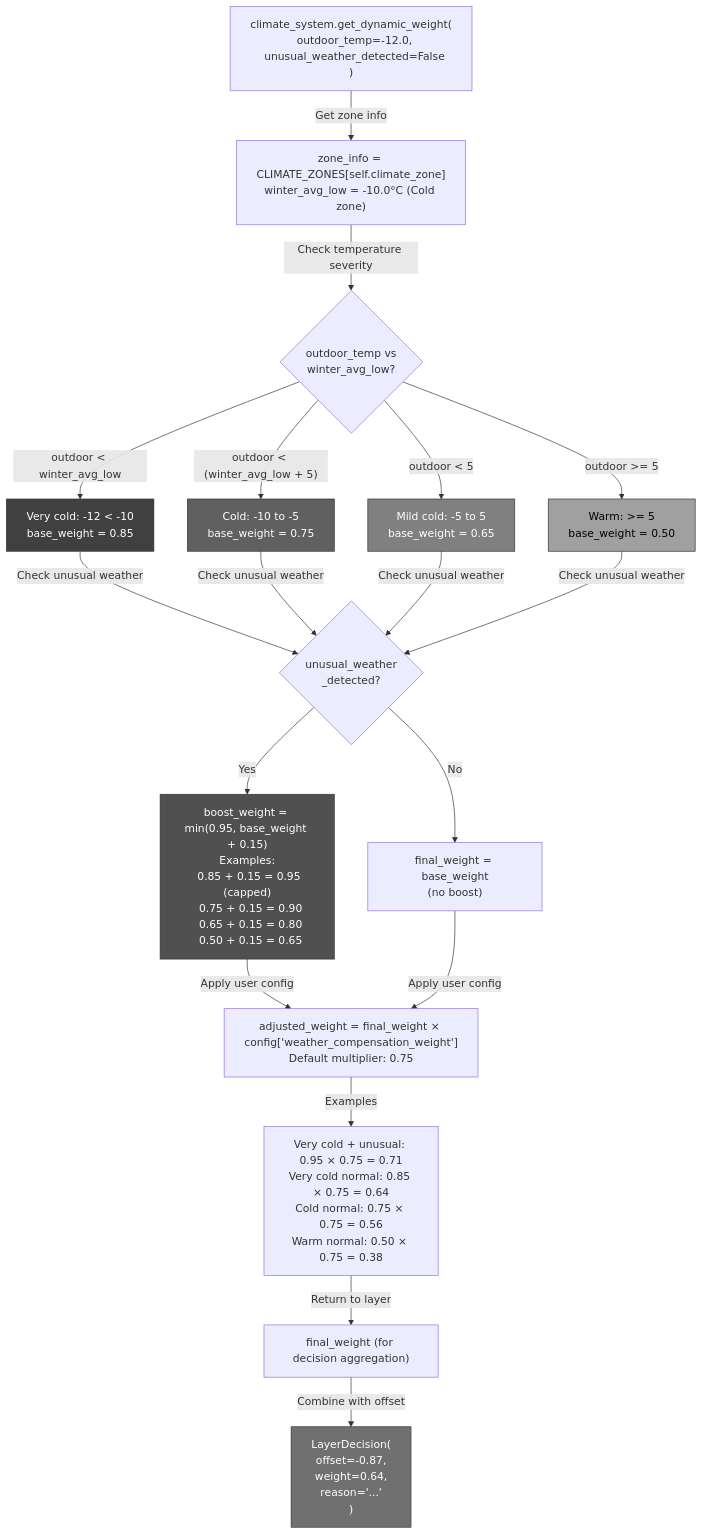
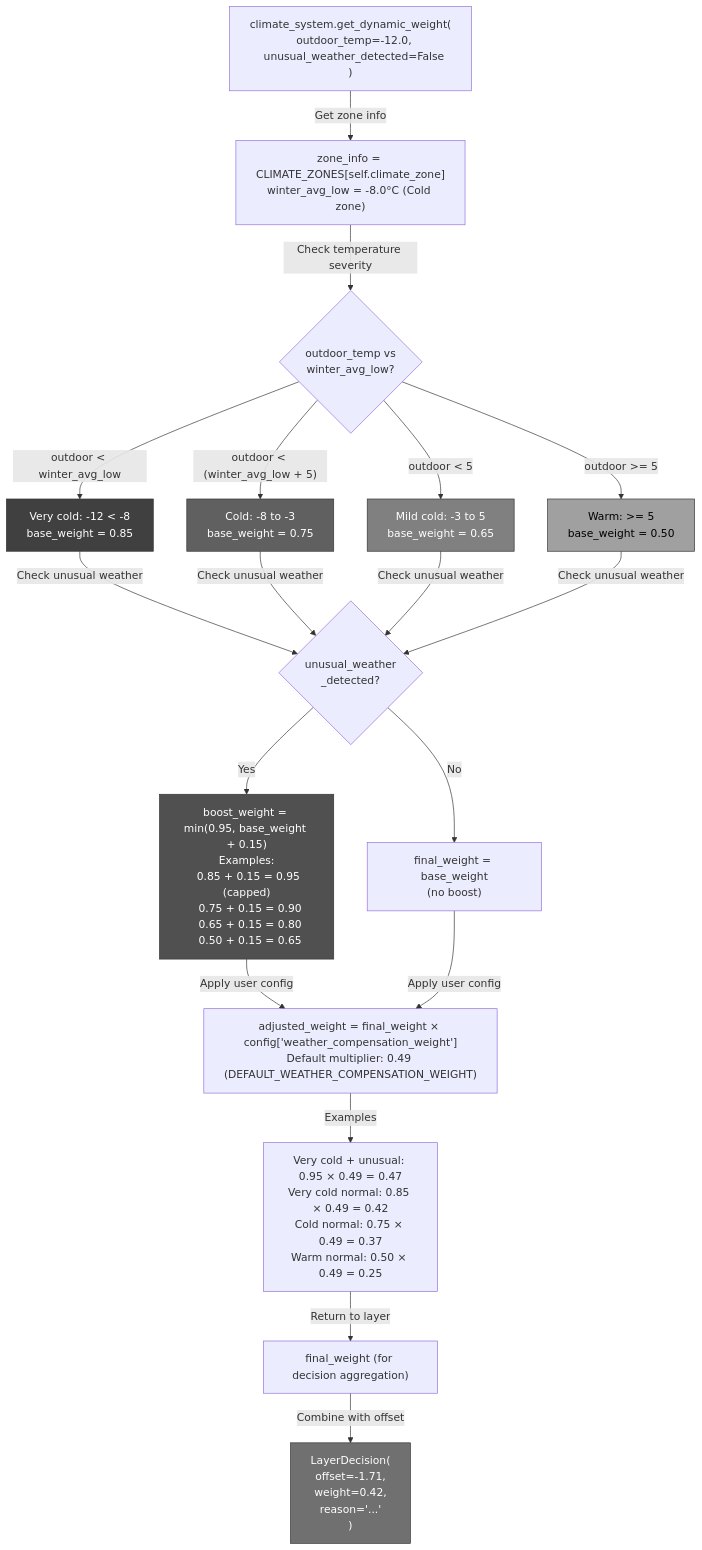
Before and after one commit to enoch85/EffektGuard: the fourth of 4 diagrams in docs/architecture/10_adaptive_climate_zones.md, drawn with Mermaid. The commit also changed other lines of this file and 32 other files, not shown here.

````diff
--- a/docs/architecture/10_adaptive_climate_zones.md
+++ b/docs/architecture/10_adaptive_climate_zones.md
@@ -162,31 +162,31 @@
 ```mermaid
 flowchart TD
-    A["climate_system.get_dynamic_weight(<br/>  outdoor_temp=-12.0,<br/>  unusual_weather_detected=False<br/>)"] -->|Get zone info| B["zone_info = CLIMATE_ZONES[self.climate_zone]<br/>winter_avg_low = -10.0°C (Cold zone)"]
+    A["climate_system.get_dynamic_weight(<br/>  outdoor_temp=-12.0,<br/>  unusual_weather_detected=False<br/>)"] -->|Get zone info| B["zone_info = CLIMATE_ZONES[self.climate_zone]<br/>winter_avg_low = -8.0°C (Cold zone)"]
     
     B -->|Check temperature severity| C{outdoor_temp vs<br/>winter_avg_low?}
     
-    C -->|"outdoor < winter_avg_low"| D1["Very cold: -12 < -10<br/>base_weight = 0.85"]
-    C -->|"outdoor < (winter_avg_low + 5)"| D2["Cold: -10 to -5<br/>base_weight = 0.75"]
-    C -->|"outdoor < 5"| D3["Mild cold: -5 to 5<br/>base_weight = 0.65"]
+    C -->|"outdoor < winter_avg_low"| D1["Very cold: -12 < -8<br/>base_weight = 0.85"]
+    C -->|"outdoor < (winter_avg_low + 5)"| D2["Cold: -8 to -3<br/>base_weight = 0.75"]
+    C -->|"outdoor < 5"| D3["Mild cold: -3 to 5<br/>base_weight = 0.65"]
     C -->|"outdoor >= 5"| D4["Warm: >= 5<br/>base_weight = 0.50"]
     
     D1 & D2 & D3 & D4 -->|Check unusual weather| E{unusual_weather<br/>_detected?}
     
     E -->|Yes| F["boost_weight = min(0.95, base_weight + 0.15)<br/>Examples:<br/>  0.85 + 0.15 = 0.95 (capped)<br/>  0.75 + 0.15 = 0.90<br/>  0.65 + 0.15 = 0.80<br/>  0.50 + 0.15 = 0.65"]
     E -->|No| G["final_weight = base_weight<br/>(no boost)"]
     
-    F & G -->|Apply user config| H["adjusted_weight = final_weight × config['weather_compensation_weight']<br/>Default multiplier: 0.75"]
+    F & G -->|Apply user config| H["adjusted_weight = final_weight × config['weather_compensation_weight']<br/>Default multiplier: 0.49 (DEFAULT_WEATHER_COMPENSATION_WEIGHT)"]
     
-    H -->|Examples| I["Very cold + unusual: 0.95 × 0.75 = 0.71<br/>Very cold normal: 0.85 × 0.75 = 0.64<br/>Cold normal: 0.75 × 0.75 = 0.56<br/>Warm normal: 0.50 × 0.75 = 0.38"]
+    H -->|Examples| I["Very cold + unusual: 0.95 × 0.49 = 0.47<br/>Very cold normal: 0.85 × 0.49 = 0.42<br/>Cold normal: 0.75 × 0.49 = 0.37<br/>Warm normal: 0.50 × 0.49 = 0.25"]
     
     I -->|Return to layer| J["final_weight (for decision aggregation)"]
     
-    J -->|Combine with offset| K["LayerDecision(<br/>  offset=-0.87,<br/>  weight=0.64,<br/>  reason='...'<br/>)"]
+    J -->|Combine with offset| K["LayerDecision(<br/>  offset=-1.71,<br/>  weight=0.42,<br/>  reason='...'<br/>)"]
     
     style D1 fill:#404040,stroke:#333,color:#fff
     style D2 fill:#606060,stroke:#333,color:#fff
     style D3 fill:#808080,stroke:#333,color:#fff
     style D4 fill:#a0a0a0,stroke:#333,color:#000
     style F fill:#505050,stroke:#333,color:#fff
     style K fill:#707070,stroke:#333,color:#fff
 ```
````
